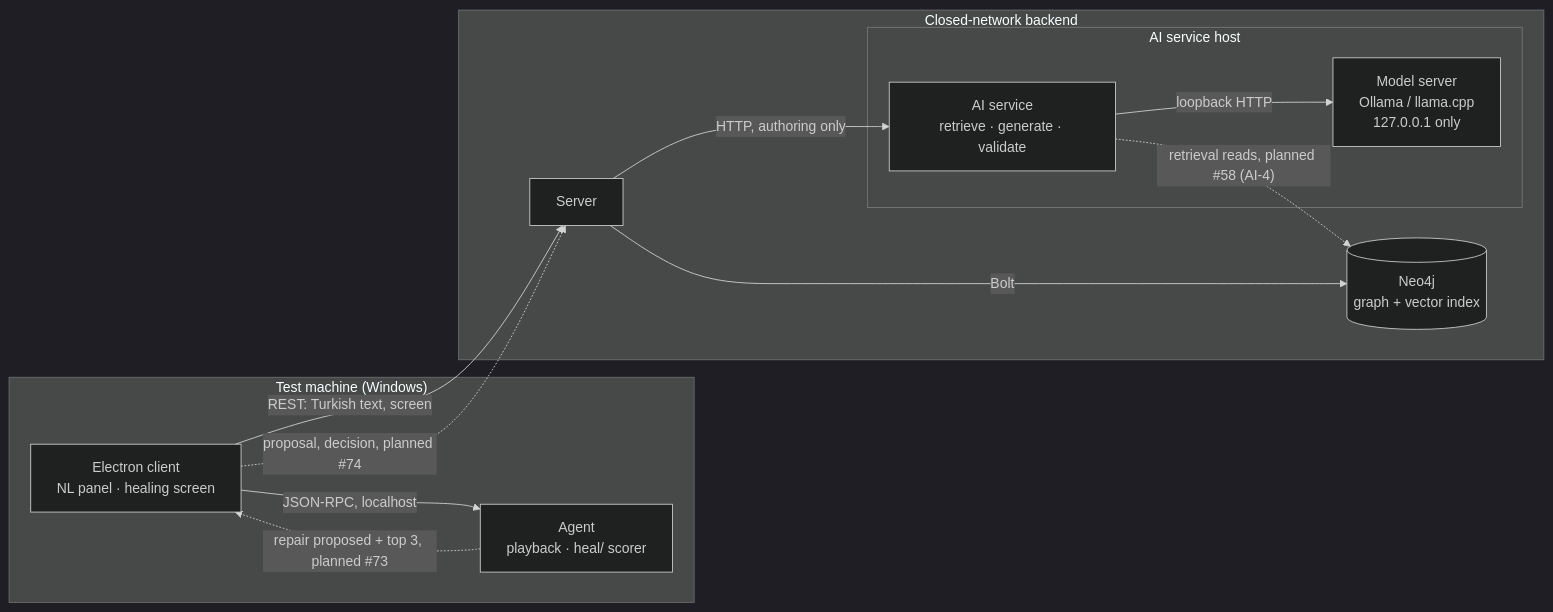
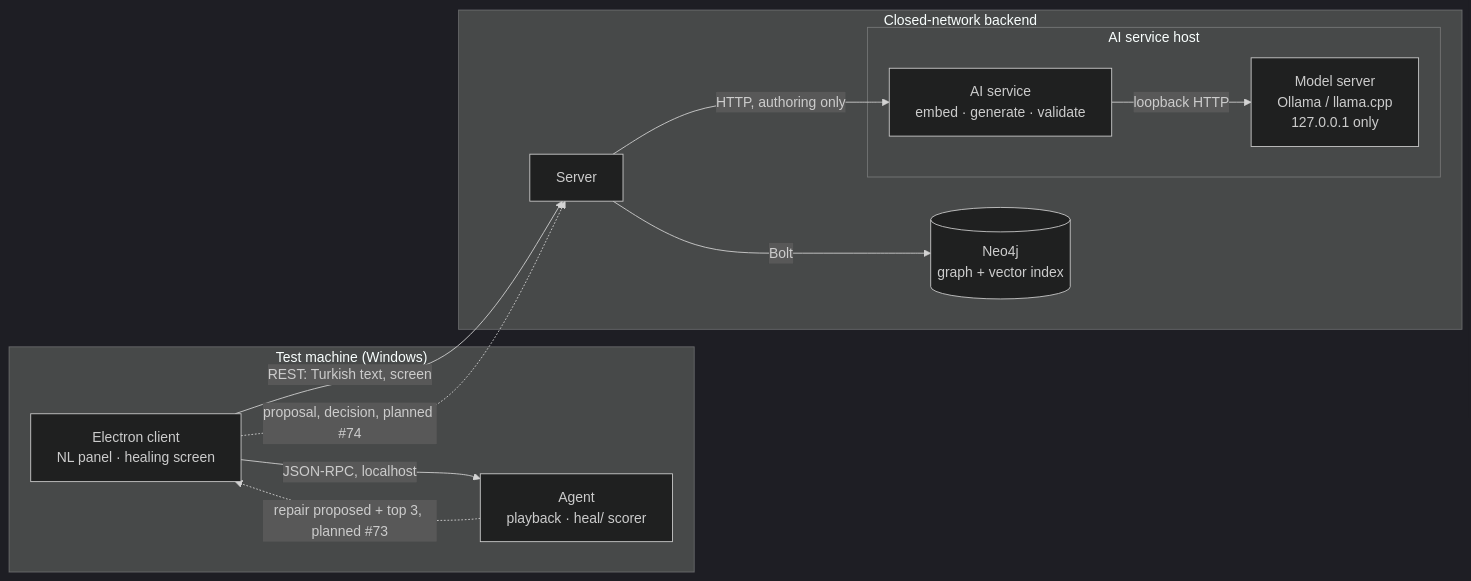
The first of 3 diagrams in docs/sdd/SDD-ai.md (galipdg/AYNA), drawn with Mermaid (dark theme) before and after one commit. The commit also changed other lines of this file and 7 other files, not shown here.

````diff
--- a/docs/sdd/SDD-ai.md
+++ b/docs/sdd/SDD-ai.md
@@ -50,23 +50,22 @@
 ```mermaid
 flowchart LR
   subgraph TM["Test machine (Windows)"]
     C["Electron client<br/>NL panel · healing screen"]
     A["Agent<br/>playback · heal/ scorer"]
   end
   subgraph BE["Closed-network backend"]
     S["Server"]
     N[("Neo4j<br/>graph + vector index")]
     subgraph AIH["AI service host"]
-      AI["AI service<br/>retrieve · generate · validate"]
+      AI["AI service<br/>embed · generate · validate"]
       M["Model server<br/>Ollama / llama.cpp<br/>127.0.0.1 only"]
     end
   end
   C -- "REST: Turkish text, screen" --> S
   S -- "HTTP, authoring only" --> AI
   AI -- "loopback HTTP" --> M
-  AI -. "retrieval reads, planned #58 (AI-4)" .-> N
   S -- "Bolt" --> N
   C -- "JSON-RPC, localhost" --> A
   A -. "repair proposed + top 3, planned #73" .-> C
   C -. "proposal, decision, planned #74" .-> S
 ```
````
